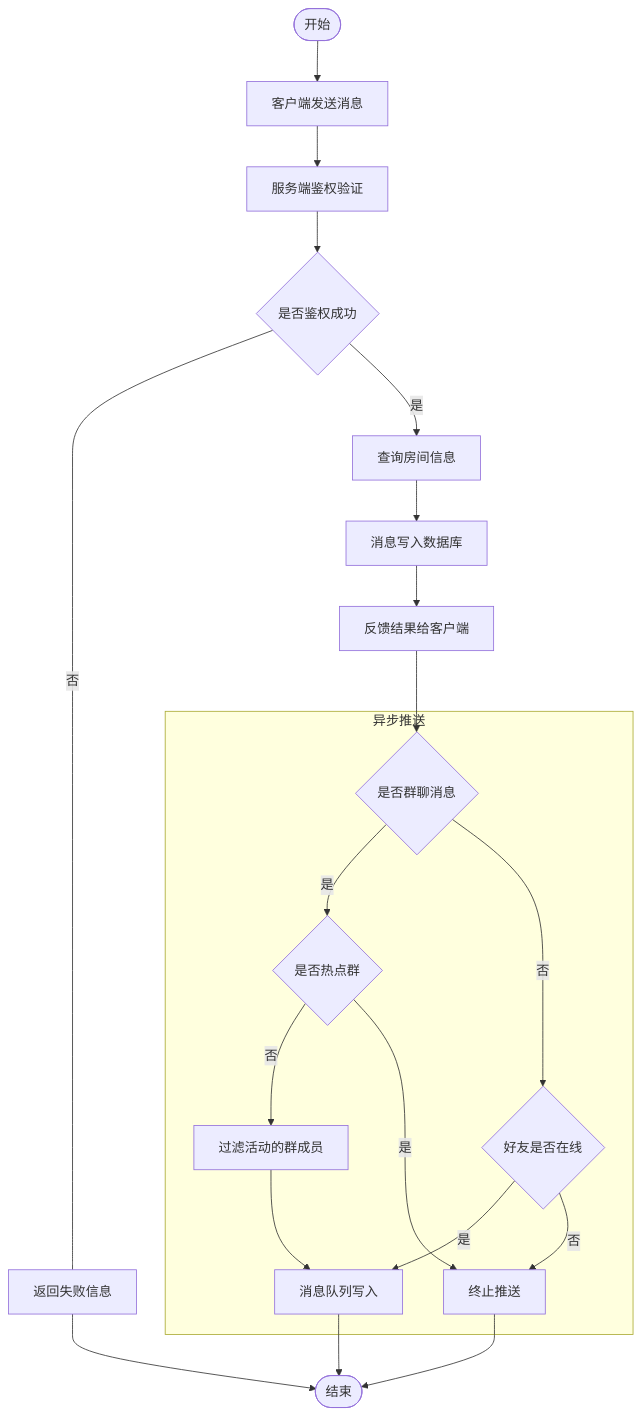
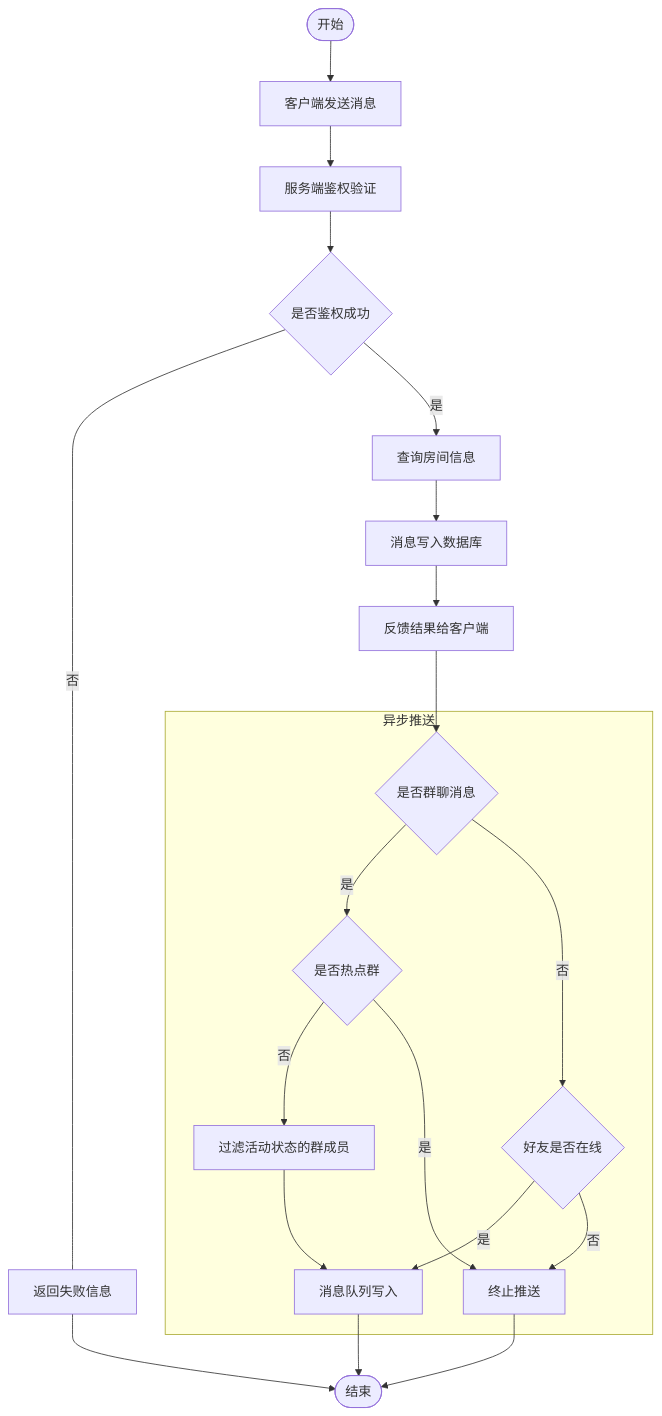
One commit to summer-like-coding/chat-system changed the second of 3 diagrams in docs/3.sequence.md. Above: the diagram before and after it, drawn with Mermaid. The commit also changed other lines of this file and 8 other files, not shown here.

````diff
--- a/docs/3.sequence.md
+++ b/docs/3.sequence.md
@@ -49,24 +49,24 @@
 ```mermaid
 flowchart
   S([开始]) --> Send[客户端发送消息]
   Send --> Verify[服务端鉴权验证]
   Verify --> VerifyOK{是否鉴权成功}
   VerifyOK -- 否 --- Fail[返回失败信息]
     Fail --> End([结束])
   VerifyOK -- 是 --> QueryRoom[查询房间信息]
     QueryRoom --> SendMsg[消息写入数据库]
     SendMsg --> Feedback[反馈结果给客户端]
     Feedback --> IsGroup{是否群聊消息}
     subgraph AsyncPush[异步推送]
       IsGroup -- 是 --> IsHot{是否热点群}
-      IsHot -- 否 --> PreparePush[过滤活动的群成员]
+      IsHot -- 否 --> PreparePush[过滤活动状态的群成员]
       IsHot -- 是 --> EndPush[终止推送]
       PreparePush --> MQ[消息队列写入]
 
       IsGroup -- 否 --> IsFriendOnline{好友是否在线}
       IsFriendOnline -- 是 --> MQ
       IsFriendOnline -- 否 --> EndPush
     end
     MQ --> End
     EndPush --> End
 ```
````
